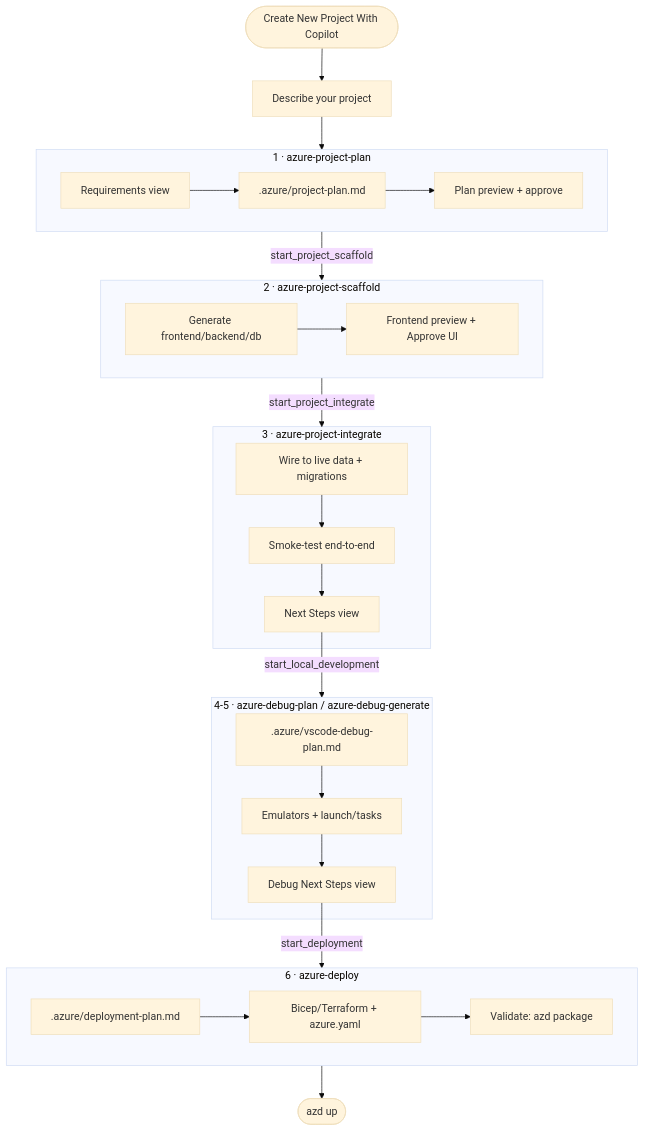
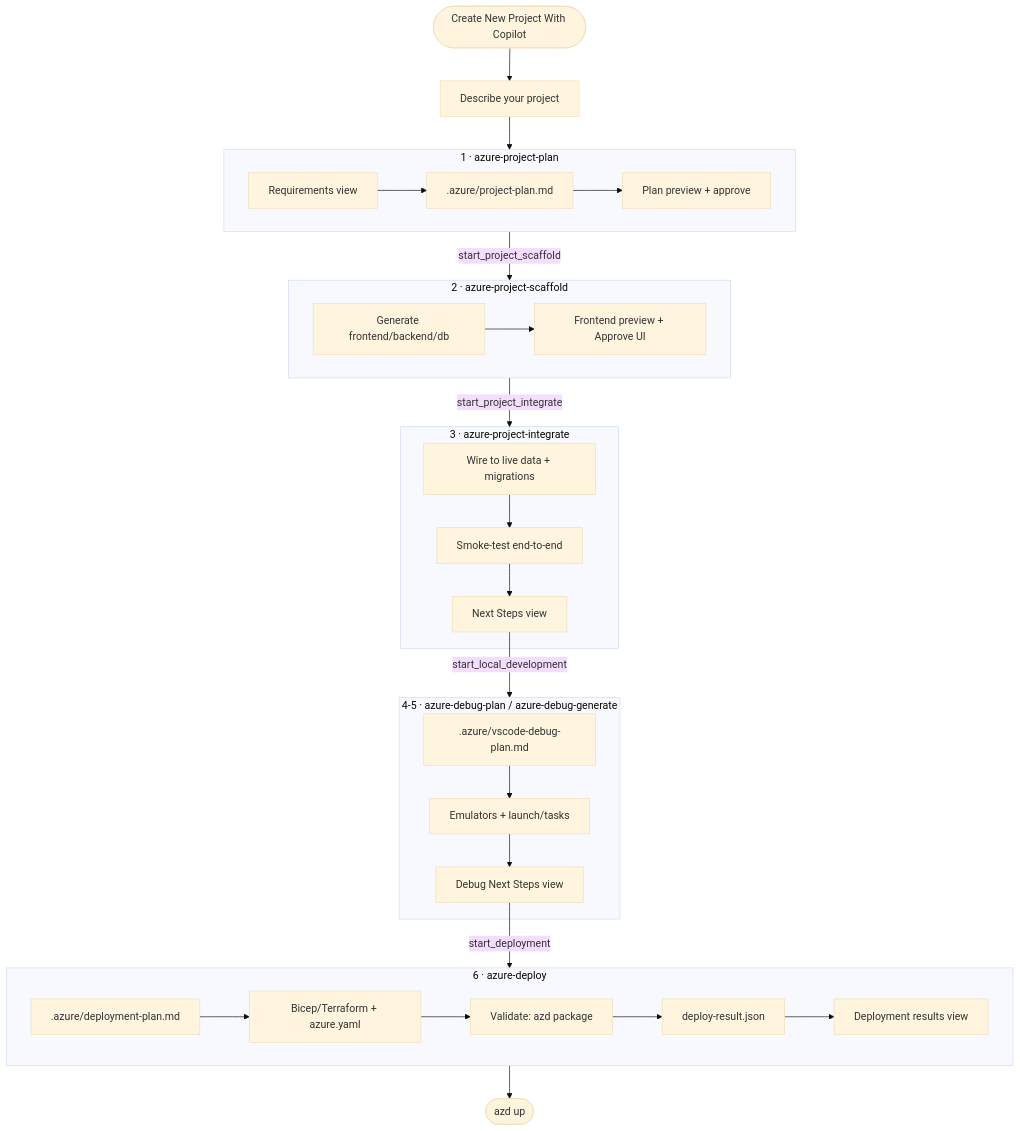
Before and after one commit to microsoft/vscode-azureresourcegroups: the diagram in docs/copilot-create-project.md, drawn with Mermaid (base theme). The commit also changed other lines of this file and 21 other files, not shown here.

````diff
--- a/docs/copilot-create-project.md
+++ b/docs/copilot-create-project.md
@@ -69,35 +69,35 @@
 ```mermaid
 flowchart TD
     Start([Create New Project With Copilot]) --> Prompt[Describe your project]
     Prompt --> Plan
 
     subgraph Plan[1 · azure-project-plan]
         Req[Requirements view] --> PlanDoc[.azure/project-plan.md] --> PlanView[Plan preview + approve]
     end
 
     Plan -->|start_project_scaffold| Scaffold
 
     subgraph Scaffold[2 · azure-project-scaffold]
         Gen[Generate frontend/backend/db] --> Preview[Frontend preview + Approve UI]
     end
 
     Scaffold -->|start_project_integrate| Integrate
 
     subgraph Integrate[3 · azure-project-integrate]
         Wire[Wire to live data + migrations] --> Smoke[Smoke-test end-to-end] --> Next1[Next Steps view]
     end
 
     Next1 -->|start_local_development| Debug
 
     subgraph Debug[4-5 · azure-debug-plan / azure-debug-generate]
         DbgPlan[.azure/vscode-debug-plan.md] --> DbgGen[Emulators + launch/tasks] --> Next2[Debug Next Steps view]
     end
 
     Next2 -->|start_deployment| Deploy
 
     subgraph Deploy[6 · azure-deploy]
-        DepPlan[.azure/deployment-plan.md] --> Infra[Bicep/Terraform + azure.yaml] --> AzdPkg[Validate: azd package]
+        DepPlan[.azure/deployment-plan.md] --> Infra[Bicep/Terraform + azure.yaml] --> AzdPkg[Validate: azd package] --> DepResult[deploy-result.json] --> ResultView[Deployment results view]
     end
 
     Deploy --> Done([azd up])
 ```
````
